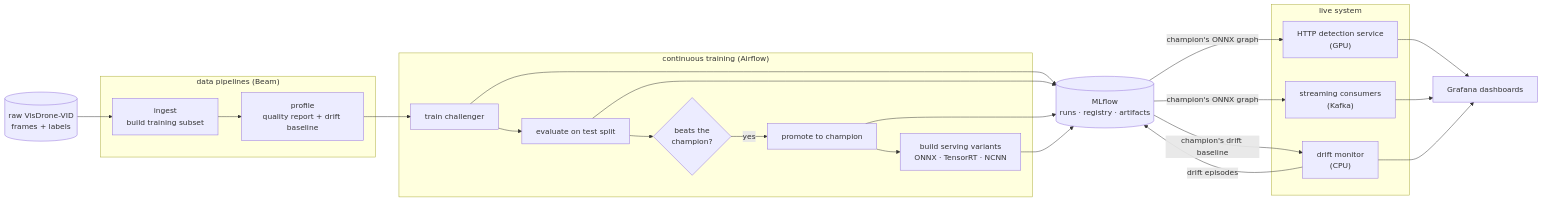
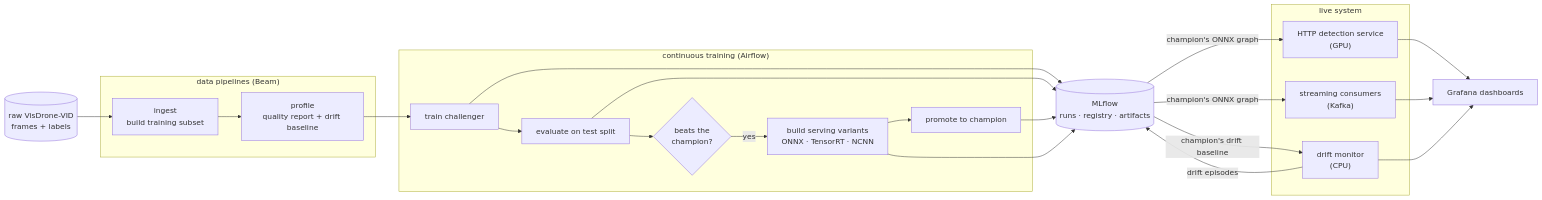
One commit to vtarasv/mlops-cv changed the first of 2 diagrams in README.md. Above: the diagram before and after it, drawn with Mermaid. The commit also changed other lines of this file and 16 other files, not shown here.

First line of the commit message:
fix: promote only servable gate winners (#18)

````diff
--- a/README.md
+++ b/README.md
@@ -19,28 +19,28 @@
 ```mermaid
 flowchart LR
   raw[("raw VisDrone-VID<br/>frames + labels")]
   subgraph data["data pipelines (Beam)"]
     ingest["ingest<br/>build training subset"]
     profile["profile<br/>quality report + drift baseline"]
   end
   subgraph ct["continuous training (Airflow)"]
     train["train challenger"] --> eval["evaluate on test split"]
     eval --> gate{"beats the<br/>champion?"}
-    gate -->|yes| promote["promote to champion"]
-    promote --> optimize["build serving variants<br/>ONNX · TensorRT · NCNN"]
+    gate -->|yes| optimize["build serving variants<br/>ONNX · TensorRT · NCNN"]
+    optimize --> promote["promote to champion"]
   end
   mlflow[("MLflow<br/>runs · registry · artifacts")]
   subgraph live["live system"]
     api["HTTP detection service<br/>(GPU)"]
     stream["streaming consumers<br/>(Kafka)"]
     monitor["drift monitor<br/>(CPU)"]
   end
   dash["Grafana dashboards"]
 
   raw --> ingest --> profile --> train
   train & eval & promote & optimize --> mlflow
   mlflow -->|"champion's ONNX graph"| api & stream
   mlflow -->|"champion's drift baseline"| monitor
   monitor -->|"drift episodes"| mlflow
   api & stream & monitor --> dash
 ```
````
